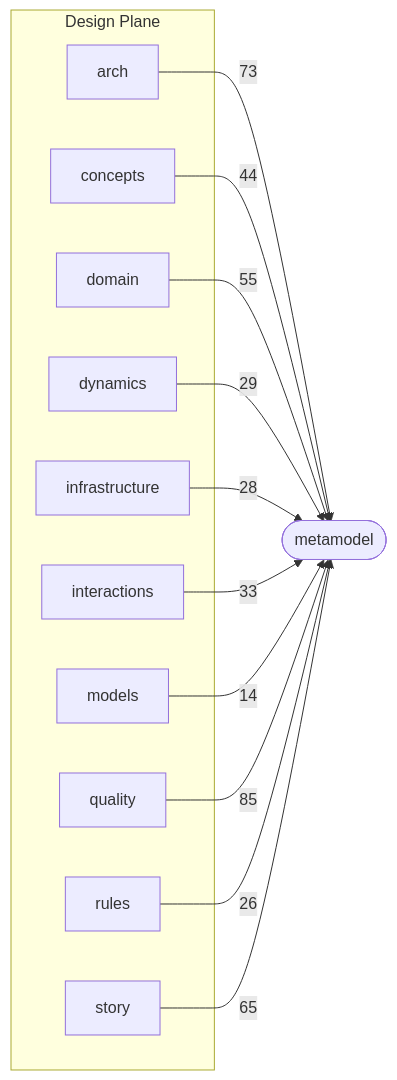
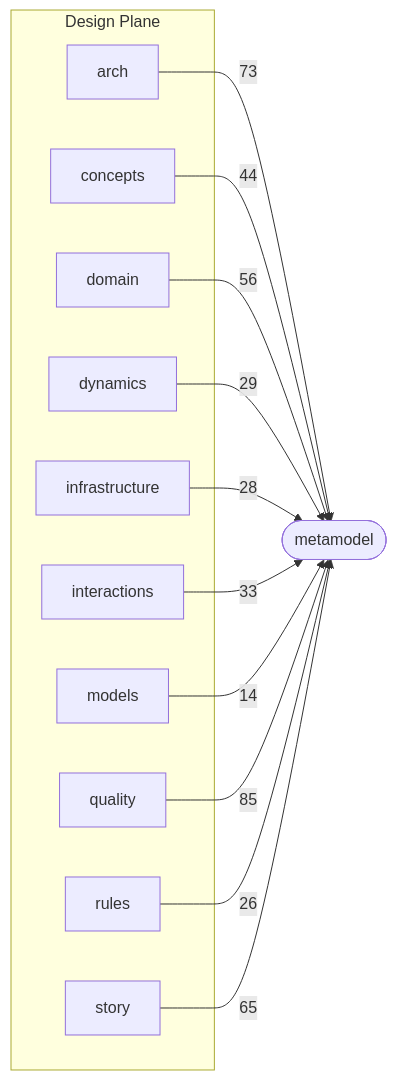
One commit to Archally/blueprint-schema changed the second of 3 diagrams in docs/schema-atlas/v2.8/layer-map.md. Above: the diagram before and after it, drawn with Mermaid. The commit also changed 3 other files, not shown here.

Commit message:
Schema Atlas: the catalog follows the 2.8.69 schema

````diff
--- a/docs/schema-atlas/v2.8/layer-map.md
+++ b/docs/schema-atlas/v2.8/layer-map.md
@@ -95,26 +95,26 @@
 ```mermaid
 graph LR
     subgraph design_plane["Design Plane"]
         design_arch_schema_yaml["arch"]
         design_concepts_schema_yaml["concepts"]
         design_domain_schema_yaml["domain"]
         design_dynamics_schema_yaml["dynamics"]
         design_infrastructure_schema_yaml["infrastructure"]
         design_interactions_schema_yaml["interactions"]
         design_models_schema_yaml["models"]
         design_quality_schema_yaml["quality"]
         design_rules_schema_yaml["rules"]
         design_story_schema_yaml["story"]
     end
     metamodel_schema_yaml(["metamodel"])
     design_arch_schema_yaml -->|73| metamodel_schema_yaml
     design_concepts_schema_yaml -->|44| metamodel_schema_yaml
-    design_domain_schema_yaml -->|55| metamodel_schema_yaml
+    design_domain_schema_yaml -->|56| metamodel_schema_yaml
     design_dynamics_schema_yaml -->|29| metamodel_schema_yaml
     design_infrastructure_schema_yaml -->|28| metamodel_schema_yaml
     design_interactions_schema_yaml -->|33| metamodel_schema_yaml
     design_models_schema_yaml -->|14| metamodel_schema_yaml
     design_quality_schema_yaml -->|85| metamodel_schema_yaml
     design_rules_schema_yaml -->|26| metamodel_schema_yaml
     design_story_schema_yaml -->|65| metamodel_schema_yaml
 ```
````
